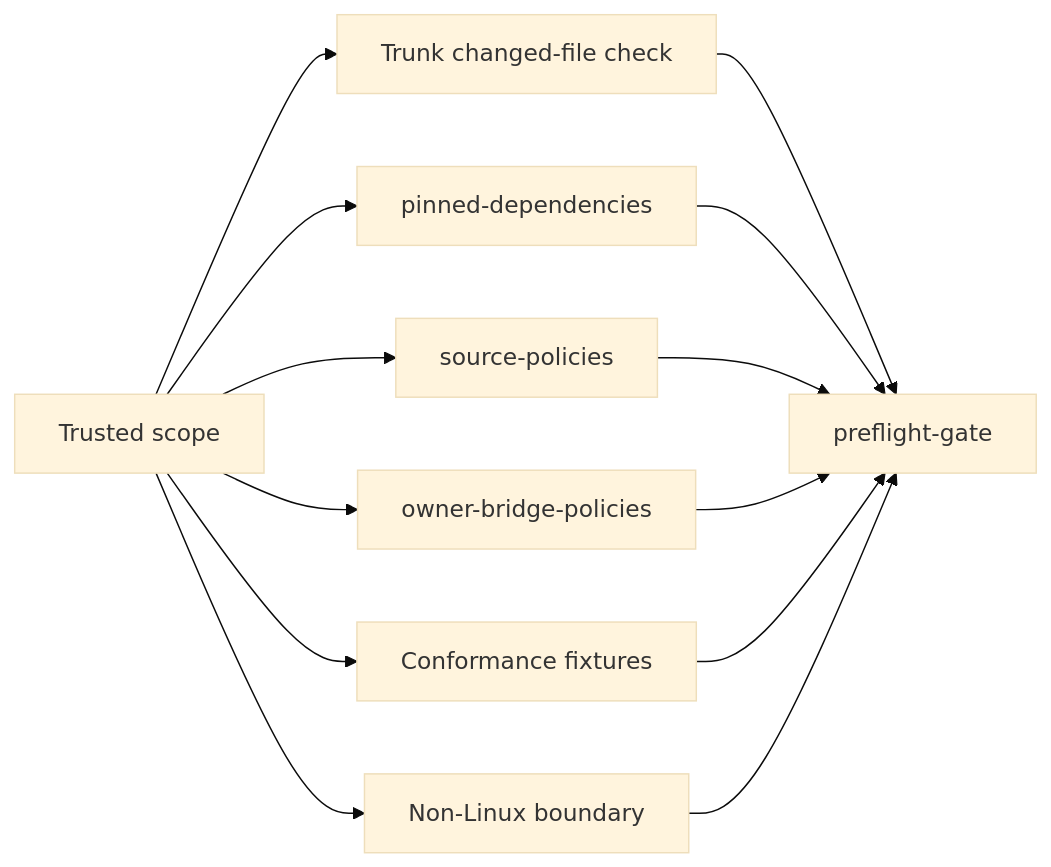
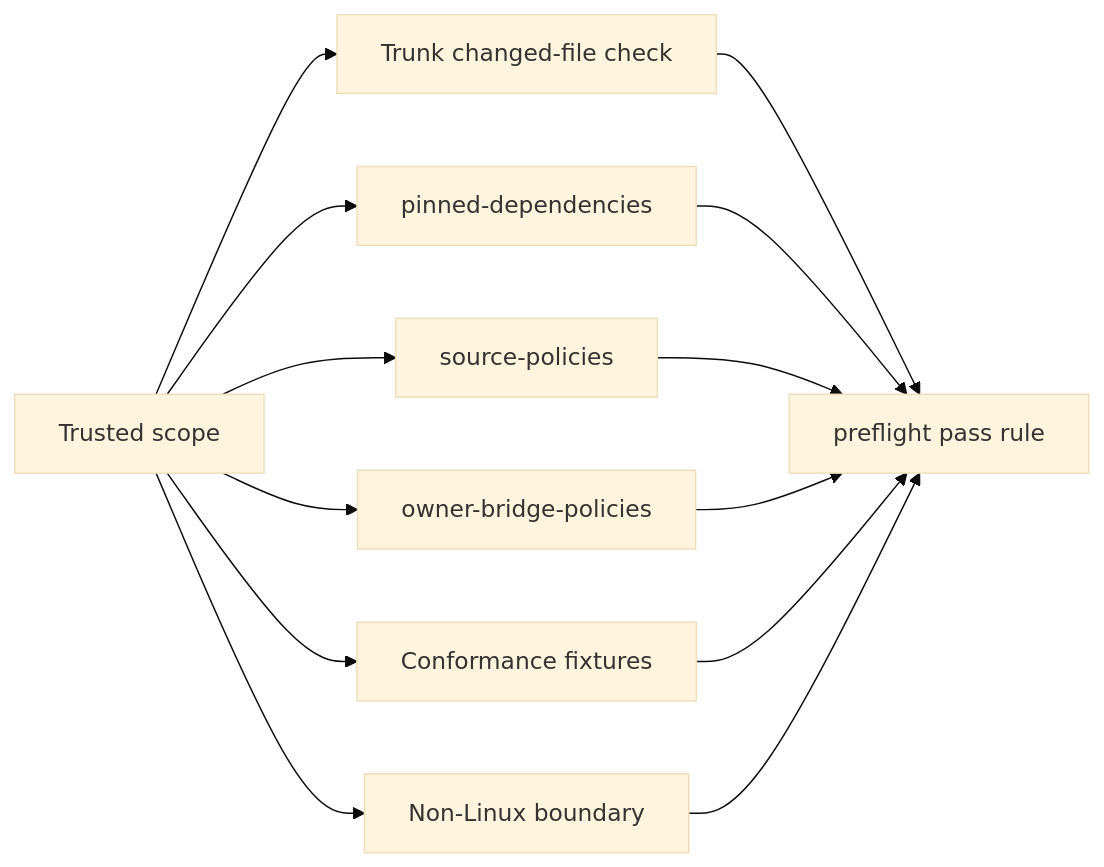
One commit to arceushui/pigloros changed the fifth of 14 diagrams in CONTRIBUTING.md. Above: the diagram before and after it, drawn with Mermaid (base theme). The commit also changed other lines of this file and 16 other files, not shown here.

````diff
--- a/CONTRIBUTING.md
+++ b/CONTRIBUTING.md
@@ -174,15 +174,15 @@
 ```mermaid
 flowchart LR
     S["Trusted scope"] --> T["Trunk changed-file check"]
     S --> P["pinned-dependencies"]
     S --> SP["source-policies"]
     S --> OP["owner-bridge-policies"]
     S --> F["Conformance fixtures"]
     S --> N["Non-Linux boundary"]
-    T --> G["preflight-gate"]
+    T --> G["preflight pass rule"]
     P --> G
     SP --> G
     OP --> G
     F --> G
     N --> G
 ```
````
